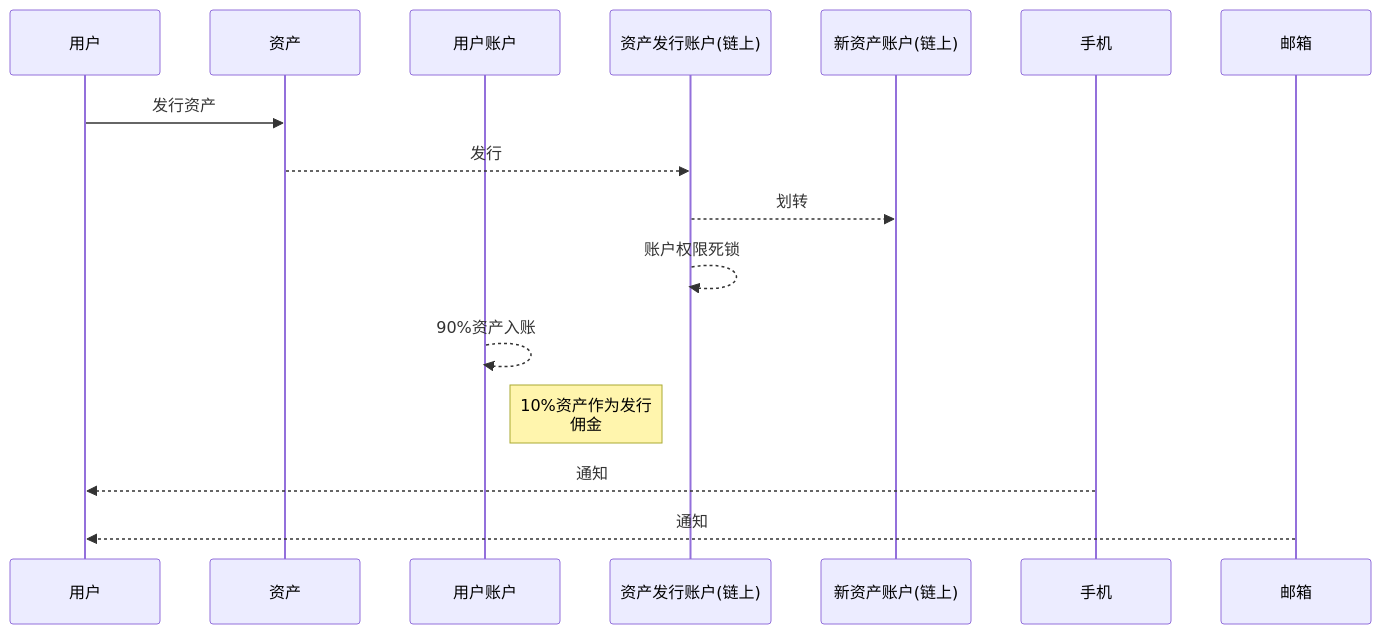
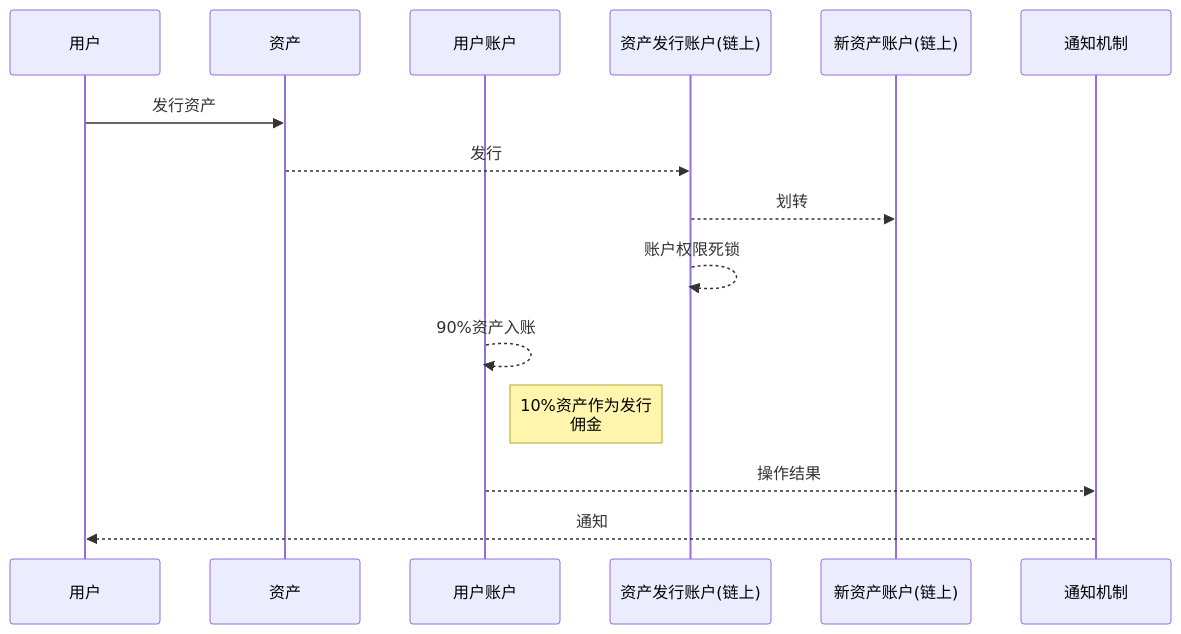
Before and after one commit to neomaclin/designdoc: the ninth of 15 diagrams in Readme.md, drawn with Mermaid. The commit also changed other lines of this file, not shown here.

````diff
--- a/Readme.md
+++ b/Readme.md
@@ -153,20 +170,18 @@
 ```mermaid
 
 sequenceDiagram
     participant u as 用户
     participant s as 资产
     participant a as 用户账户
     participant ca as 资产发行账户(链上)
     participant na as 新资产账户(链上)
-    participant p as 手机
-    participant m as 邮箱
-
+    participant n as 通知机制
     u->>s: 发行资产
     s-->>ca: 发行
     ca-->>na: 划转
     ca-->>ca: 账户权限死锁
     a-->>a: 90%资产入账
     Note right of a:10%资产作为发行<br>佣金
-    p-->>u: 通知
-    m-->>u: 通知
+    a-->> n: 操作结果
+    n-->>u: 通知
 ```
````
